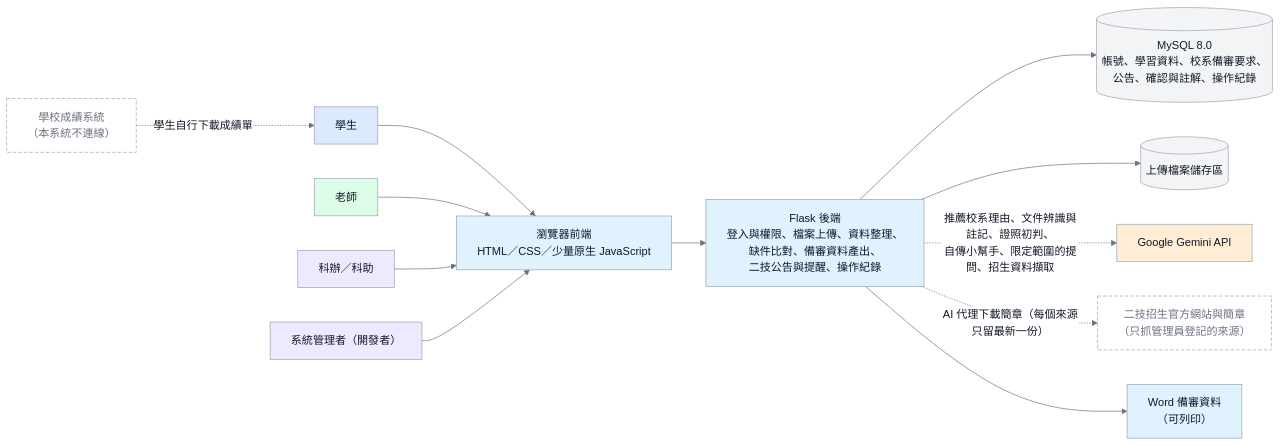
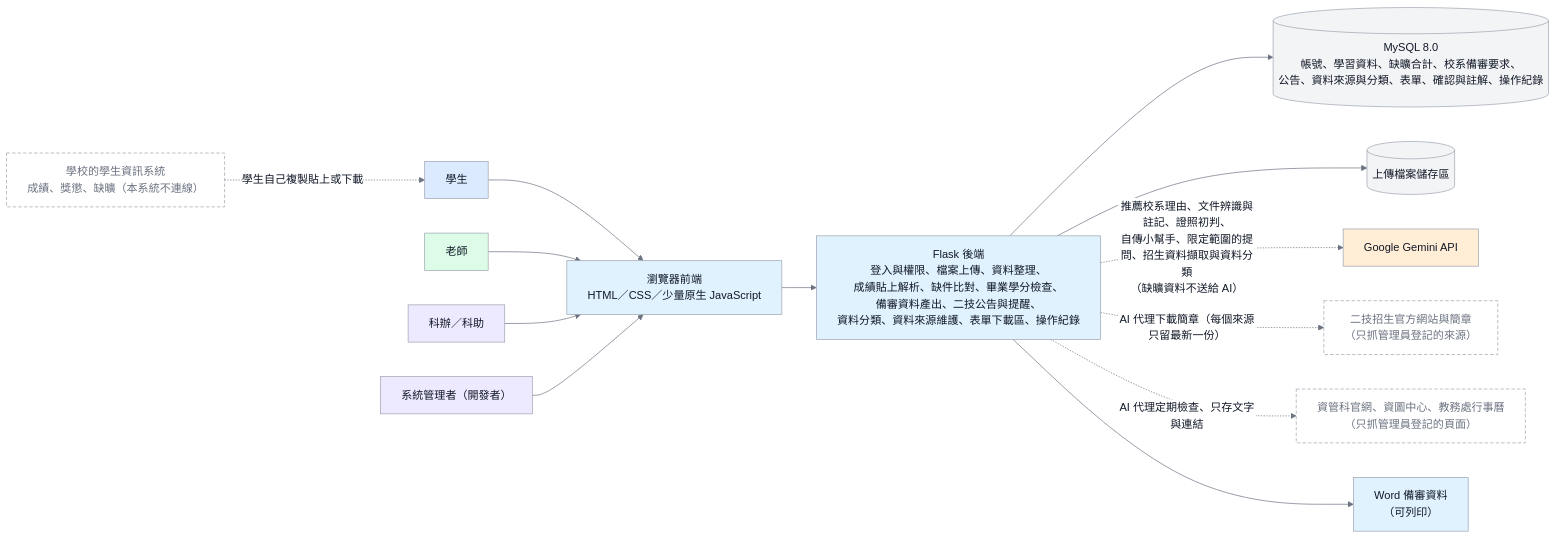
One commit to vujhdcusa/1028 changed the diagram in docs/images/D-05-system-architecture.mmd. Above: the diagram before and after it, drawn with Mermaid. The commit also changed 56 other files, not shown here.

First line of the commit message:
規格書依 10-10 定案大改：功能確認總表 10-10 版、圖號從頭重排、新增學校資料匯入與官網資料來源流程圖、ERD 拆三張；微學分與帳號密碼更正

```diff
--- a/docs/images/D-05-system-architecture.mmd
+++ b/docs/images/D-05-system-architecture.mmd
@@ -1,30 +1,32 @@
 %%{init: {'theme':'base','themeVariables': {'fontFamily':'Microsoft JhengHei, Noto Sans TC, Arial, sans-serif','primaryColor':'#F3F4F6','primaryTextColor':'#111827','primaryBorderColor':'#9CA3AF','lineColor':'#6B7280','edgeLabelBackground':'#FFFFFF'},'flowchart':{'wrappingWidth':400}}}%%
 flowchart LR
     classDef student fill:#DBEAFE,stroke:#9CA3AF,color:#111827,stroke-width:1px;
     classDef teacher fill:#DCFCE7,stroke:#9CA3AF,color:#111827,stroke-width:1px;
     classDef admin fill:#EDE9FE,stroke:#9CA3AF,color:#111827,stroke-width:1px;
     classDef backend fill:#E0F2FE,stroke:#9CA3AF,color:#111827,stroke-width:1px;
     classDef db fill:#F3F4F6,stroke:#9CA3AF,color:#111827,stroke-width:1px;
     classDef ai fill:#FFEDD5,stroke:#9CA3AF,color:#111827,stroke-width:1px;
     classDef external fill:#FFFFFF,stroke:#9CA3AF,color:#6B7280,stroke-width:1px,stroke-dasharray:5 3;
 
-    School[學校成績系統<br/>（本系統不連線）]:::external
+    School[學校的學生資訊系統<br/>成績、獎懲、缺曠（本系統不連線）]:::external
+    Campus[資管科官網、資圖中心、教務處行事曆<br/>（只抓管理員登記的頁面）]:::external
     Official[二技招生官方網站與簡章<br/>（只抓管理員登記的來源）]:::external
     Student[學生]:::student
     Teacher[老師]:::teacher
     Staff[科辦／科助]:::admin
     Admin[系統管理者（開發者）]:::admin
 
-    School -. 學生自行下載成績單 .-> Student
+    School -. 學生自己複製貼上或下載 .-> Student
     Student --> UI
     Teacher --> UI
     Staff --> UI
     Admin --> UI
 
     UI[瀏覽器前端<br/>HTML／CSS／少量原生 JavaScript]:::backend
-    UI --> App[Flask 後端<br/>登入與權限、檔案上傳、資料整理、<br/>缺件比對、備審資料產出、<br/>二技公告與提醒、操作紀錄]:::backend
-    App --> DB[(MySQL 8.0<br/>帳號、學習資料、校系備審要求、<br/>公告、確認與註解、操作紀錄)]:::db
+    UI --> App[Flask 後端<br/>登入與權限、檔案上傳、資料整理、<br/>成績貼上解析、缺件比對、畢業學分檢查、<br/>備審資料產出、二技公告與提醒、<br/>資料分類、資料來源維護、表單下載區、操作紀錄]:::backend
+    App --> DB[(MySQL 8.0<br/>帳號、學習資料、缺曠合計、校系備審要求、<br/>公告、資料來源與分類、表單、確認與註解、操作紀錄)]:::db
     App --> Files[(上傳檔案儲存區)]:::db
-    App -. 推薦校系理由、文件辨識與註記、證照初判、<br/>自傳小幫手、限定範圍的提問、招生資料擷取 .-> Gemini[Google Gemini API]:::ai
+    App -. 推薦校系理由、文件辨識與註記、證照初判、<br/>自傳小幫手、限定範圍的提問、招生資料擷取與資料分類<br/>（缺曠資料不送給 AI） .-> Gemini[Google Gemini API]:::ai
     App -. AI 代理下載簡章（每個來源只留最新一份） .-> Official
+    App -. AI 代理定期檢查、只存文字與連結 .-> Campus
     App --> Doc[Word 備審資料<br/>（可列印）]:::backend
```
